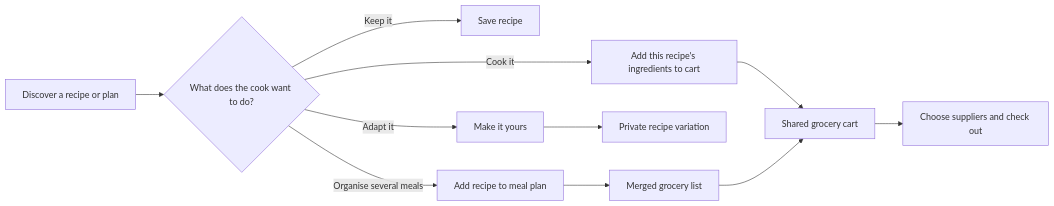
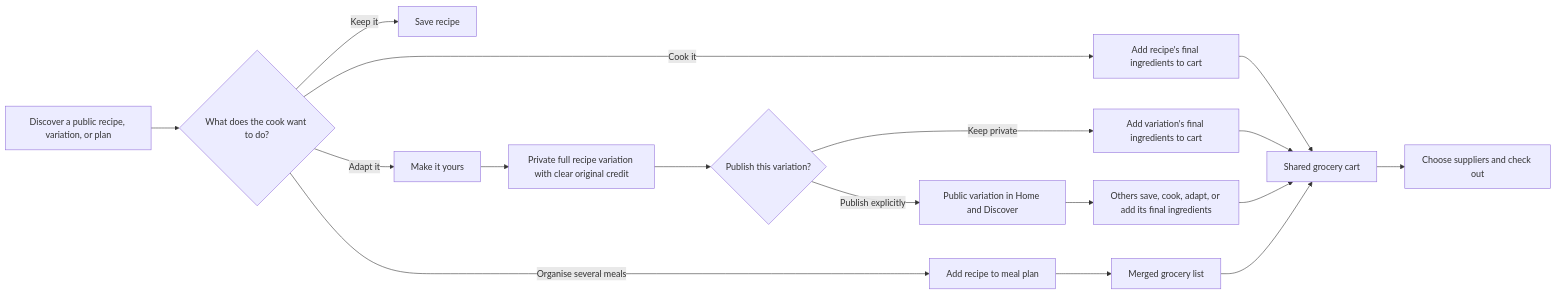
Before and after one commit to snowballking/home-recipe-app: the diagram in docs/superpowers/specs/2026-08-02-social-feed-grocery-ux-design.md, drawn with Mermaid.

Commit message:
docs: clarify variation product loop

````diff
--- a/docs/superpowers/specs/2026-08-02-social-feed-grocery-ux-design.md
+++ b/docs/superpowers/specs/2026-08-02-social-feed-grocery-ux-design.md
@@ -13,13 +13,19 @@
 ```mermaid
 flowchart LR
-  A[Discover a recipe or plan] --> B{What does the cook want to do?}
+  A[Discover a public recipe, variation, or plan] --> B{What does the cook want to do?}
   B -->|Keep it| C[Save recipe]
-  B -->|Cook it| D[Add this recipe's ingredients to cart]
+  B -->|Cook it| D[Add recipe's final ingredients to cart]
   B -->|Organise several meals| E[Add recipe to meal plan]
   B -->|Adapt it| I[Make it yours]
-  I --> J[Private recipe variation]
+  I --> J[Private full recipe variation with clear original credit]
+  J --> K{Publish this variation?}
+  K -->|Keep private| L[Add variation's final ingredients to cart]
+  K -->|Publish explicitly| M[Public variation in Home and Discover]
+  M --> N[Others save, cook, adapt, or add its final ingredients]
   E --> F[Merged grocery list]
   D --> G[Shared grocery cart]
+  L --> G
+  N --> G
   F --> G
   G --> H[Choose suppliers and check out]
 ```
````
